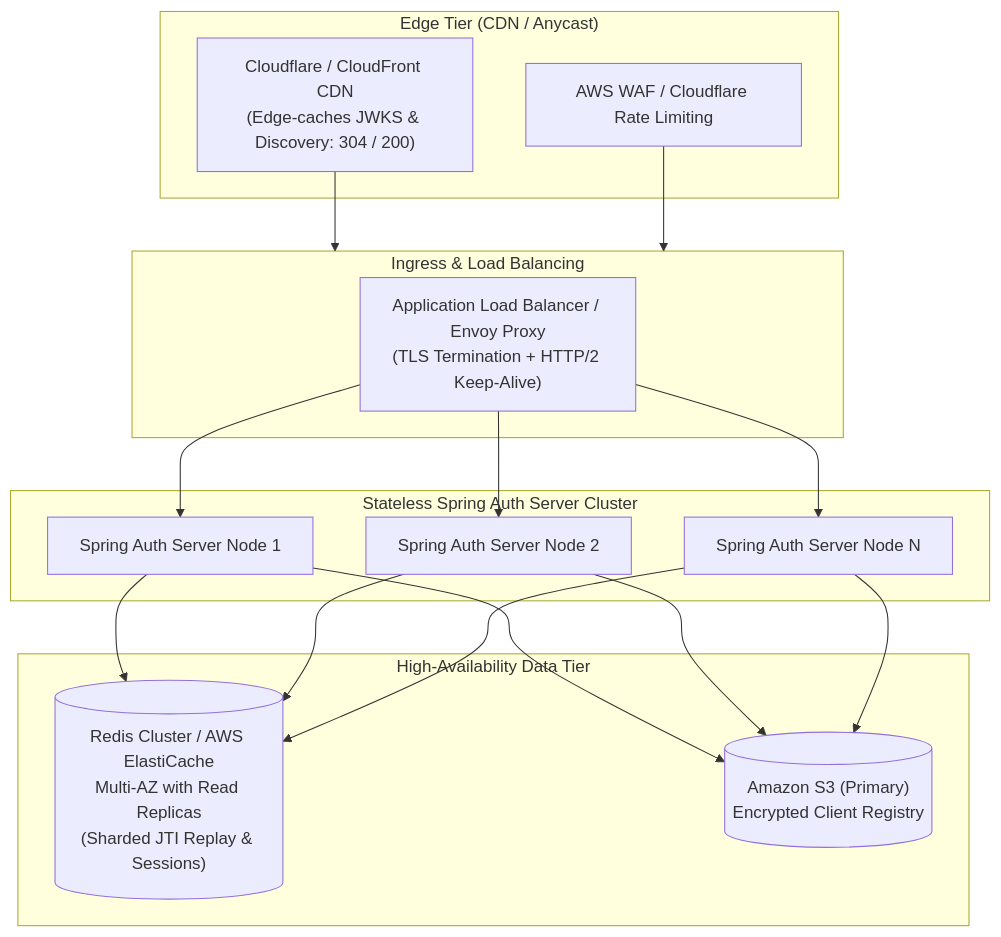
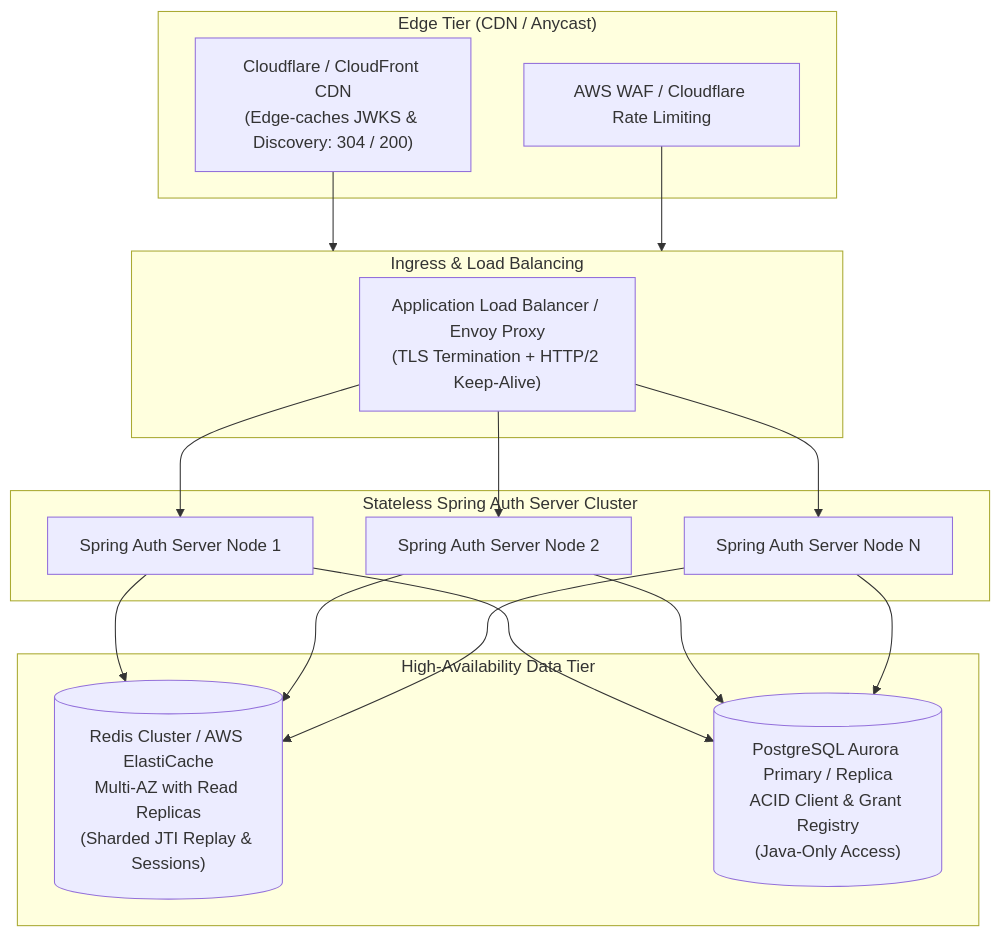
One commit to shoeyn/oauth-server changed the third of 4 diagrams in docs/architecture/performance_and_scalability.md. Above: the diagram before and after it, drawn with Mermaid. The commit also changed other lines of this file and 39 other files, not shown here.

````diff
--- a/docs/architecture/performance_and_scalability.md
+++ b/docs/architecture/performance_and_scalability.md
@@ -229,30 +229,30 @@
 ```mermaid
 flowchart TD
     subgraph Edge ["Edge Tier (CDN / Anycast)"]
         CDN["Cloudflare / CloudFront CDN\n(Edge-caches JWKS & Discovery: 304 / 200)"]
         WAF["AWS WAF / Cloudflare Rate Limiting"]
     end
 
     subgraph Ingress ["Ingress & Load Balancing"]
         ALB["Application Load Balancer / Envoy Proxy\n(TLS Termination + HTTP/2 Keep-Alive)"]
     end
 
     subgraph AppCluster ["Stateless Spring Auth Server Cluster"]
         Node1["Spring Auth Server Node 1"]
         Node2["Spring Auth Server Node 2"]
         NodeN["Spring Auth Server Node N"]
     end
 
     subgraph DataCluster ["High-Availability Data Tier"]
         RedisCluster[("Redis Cluster / AWS ElastiCache\nMulti-AZ with Read Replicas\n(Sharded JTI Replay & Sessions)")]
-        S3Bucket[("Amazon S3 (Primary)\nEncrypted Client Registry")]
+        PostgresCluster[("PostgreSQL Aurora Primary / Replica\nACID Client & Grant Registry\n(Java-Only Access)")]
     end
 
     CDN --> Ingress
     WAF --> Ingress
     ALB --> Node1
     ALB --> Node2
     ALB --> NodeN
     Node1 & Node2 & NodeN --> RedisCluster
-    Node1 & Node2 & NodeN --> S3Bucket
+    Node1 & Node2 & NodeN --> PostgresCluster
 ```
````
